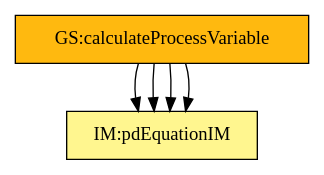
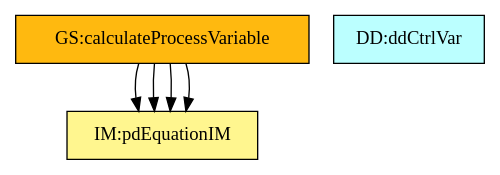
Before and after one commit to JacquesCarette/Drasil: the diagram in code/stable/pdcontroller/TraceyGraph/allvsr.dot, drawn with Graphviz. The commit also changed 72 other files, not shown here.

```diff
--- a/code/stable/pdcontroller/TraceyGraph/allvsr.dot
+++ b/code/stable/pdcontroller/TraceyGraph/allvsr.dot
@@ -1,72 +1,82 @@
 digraph allvsr {
 	instance:calculateValues -> theory:imPDRC;
 	instance:outputValues -> theory:imPDRC;
 	instance:calculateValues -> theory:imPDRC;
 	instance:outputValues -> theory:imPDRC;
 
 
 	instance:pwrPlant	[shape=box, color=black, style=filled, fillcolor=mistyrose, label="A:pwrPlant"];
 	instance:decoupled	[shape=box, color=black, style=filled, fillcolor=mistyrose, label="A:decoupled"];
 	instance:setPointConstant	[shape=box, color=black, style=filled, fillcolor=mistyrose, label="A:setPointConstant"];
 	instance:externalDisturb	[shape=box, color=black, style=filled, fillcolor=mistyrose, label="A:externalDisturb"];
 	instance:initialValue	[shape=box, color=black, style=filled, fillcolor=mistyrose, label="A:initialValue"];
 	instance:parallelEq	[shape=box, color=black, style=filled, fillcolor=mistyrose, label="A:parallelEq"];
 	instance:unfilteredDerivative	[shape=box, color=black, style=filled, fillcolor=mistyrose, label="A:unfilteredDerivative"];
 	instance:pwrPlantTxFnx	[shape=box, color=black, style=filled, fillcolor=mistyrose, label="A:pwrPlantTxFnx"];
 	instance:massSpring	[shape=box, color=black, style=filled, fillcolor=mistyrose, label="A:massSpring"];
 	instance:dampingCoeffSpring	[shape=box, color=black, style=filled, fillcolor=mistyrose, label="A:dampingCoeffSpring"];
 	instance:stiffnessCoeffSpring	[shape=box, color=black, style=filled, fillcolor=mistyrose, label="A:stiffnessCoeffSpring"];
 
 	subgraph A {
 	rank="same"
 	{instance:pwrPlant, instance:decoupled, instance:setPointConstant, instance:externalDisturb, instance:initialValue, instance:parallelEq, instance:unfilteredDerivative, instance:pwrPlantTxFnx, instance:massSpring, instance:dampingCoeffSpring, instance:stiffnessCoeffSpring}
+	}
+
+	dataDefn:dqdProcessErrorFD	[shape=box, color=black, style=filled, fillcolor=paleturquoise1, label="DD:ddProcessError"];
+	dataDefn:dqdPropControlFD	[shape=box, color=black, style=filled, fillcolor=paleturquoise1, label="DD:ddPropCtrl"];
+	dataDefn:dqdDerivativeControlFD	[shape=box, color=black, style=filled, fillcolor=paleturquoise1, label="DD:ddDerivCtrl"];
+	dataDefn:dqdCtrlVarFD	[shape=box, color=black, style=filled, fillcolor=paleturquoise1, label="DD:ddCtrlVar"];
+
+	subgraph DD {
+	rank="same"
+	{dataDefn:dqdProcessErrorFD, dataDefn:dqdPropControlFD, dataDefn:dqdDerivativeControlFD, dataDefn:dqdCtrlVarFD}
 	}
 
 	theory:laplaceRC	[shape=box, color=black, style=filled, fillcolor=pink, label="TM:laplaceTransform"];
 	theory:invLaplaceRC	[shape=box, color=black, style=filled, fillcolor=pink, label="TM:invLaplaceTransform"];
 	theory:tmSOSystemRC	[shape=box, color=black, style=filled, fillcolor=pink, label="TM:tmSOSystem"];
 
 	subgraph TM {
 	rank="same"
 	{theory:laplaceRC, theory:invLaplaceRC, theory:tmSOSystemRC}
 	}
 
 	theory:gdPowerPlantRC	[shape=box, color=black, style=filled, fillcolor=palegreen, label="GD:gdPowerPlant"];
 
 	subgraph GD {
 	rank="same"
 	{theory:gdPowerPlantRC}
 	}
 
 	theory:imPDRC	[shape=box, color=black, style=filled, fillcolor=khaki1, label="IM:pdEquationIM"];
 
 	subgraph IM {
 	rank="same"
 	{theory:imPDRC}
 	}
 
 	instance:verifyInputs	[shape=box, color=black, style=filled, fillcolor=ivory, label="FR:verifyInputs"];
 	instance:calculateValues	[shape=box, color=black, style=filled, fillcolor=ivory, label="FR:calculateValues"];
 	instance:outputValues	[shape=box, color=black, style=filled, fillcolor=ivory, label="FR:outputValues"];
 	instance:portable	[shape=box, color=black, style=filled, fillcolor=ivory, label="NFR:portable"];
 	instance:security	[shape=box, color=black, style=filled, fillcolor=ivory, label="NFR:security"];
 	instance:maintainability	[shape=box, color=black, style=filled, fillcolor=ivory, label="NFR:maintainability"];
 	instance:verifiability	[shape=box, color=black, style=filled, fillcolor=ivory, label="NFR:verifiability"];
 	instance:inputValues	[shape=box, color=black, style=filled, fillcolor=ivory, label="FR:inputValues"];
 	instance:verifyInputs	[shape=box, color=black, style=filled, fillcolor=ivory, label="FR:verifyInputs"];
 	instance:calculateValues	[shape=box, color=black, style=filled, fillcolor=ivory, label="FR:calculateValues"];
 	instance:outputValues	[shape=box, color=black, style=filled, fillcolor=ivory, label="FR:outputValues"];
 
 	subgraph FR {
 	rank="same"
 	{instance:verifyInputs, instance:calculateValues, instance:outputValues, instance:portable, instance:security, instance:maintainability, instance:verifiability, instance:inputValues, instance:verifyInputs, instance:calculateValues, instance:outputValues}
 	}
 
 	instance:calculateProcessVariable	[shape=box, color=black, style=filled, fillcolor=darkgoldenrod1, label="GS:calculateProcessVariable"];
 
 	subgraph GS {
 	rank="same"
 	{instance:calculateProcessVariable}
 	}
 
 }
```
